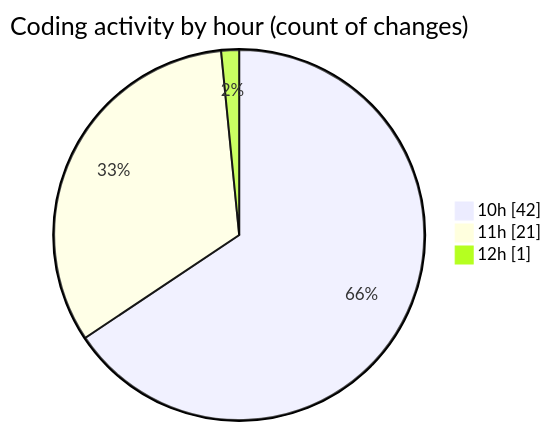
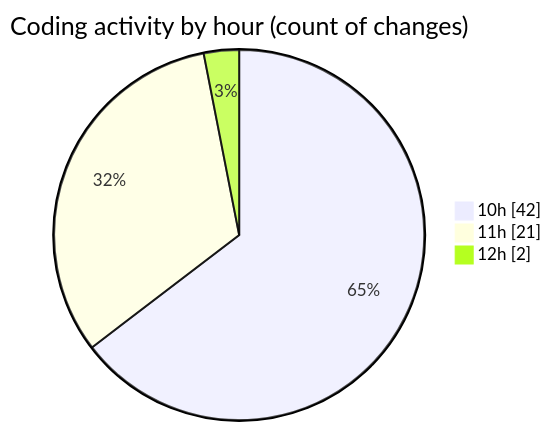
Before and after one commit to Ritupan-Deka/code-tracking: the second of 2 diagrams in 2025-07-04/urlwebwala_intership_work/README.md, drawn with Mermaid. The commit also changed other lines of this file and 1 other file, not shown here.

````diff
--- a/2025-07-04/urlwebwala_intership_work/README.md
+++ b/2025-07-04/urlwebwala_intership_work/README.md
@@ -30,7 +30,7 @@
 ```mermaid
 pie showData
 title Coding activity by hour (count of changes)
 "10h" : 42
 "11h" : 21
-"12h" : 1
+"12h" : 2
 ```
````
